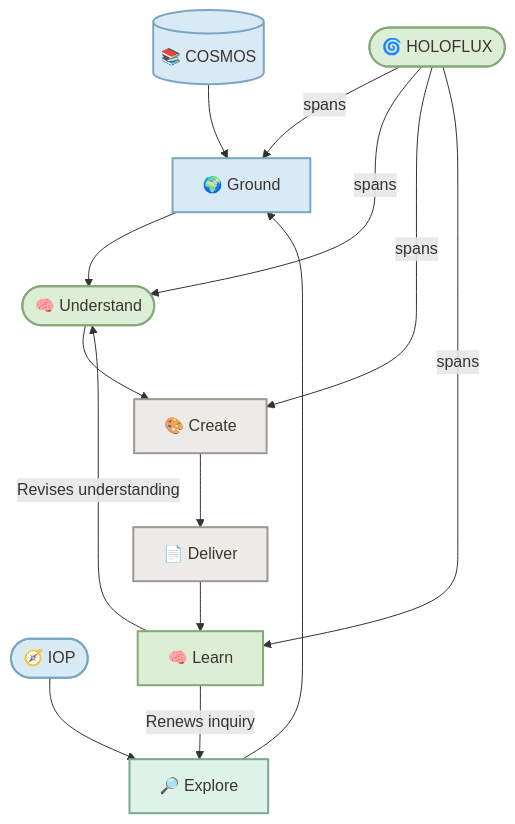
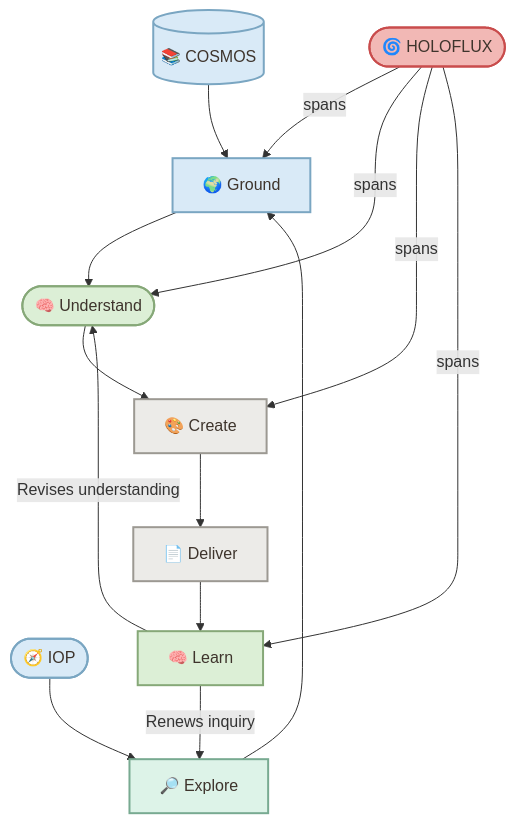
The second of 2 diagrams in README.md (enogrob/project-holoflux), drawn with Mermaid before and after one commit. The commit also changed other lines of this file, not shown here.

Commit message:
update-readme

````diff
--- a/README.md
+++ b/README.md
@@ -80,40 +81,41 @@
 ```mermaid
 flowchart TD
     %% COSMOS: Knowledge in context.
     K[(📚 COSMOS)]:::context
     %% IOP: Intent and purpose.
     I([🧭 IOP]):::context
     %% Explore: Inquiry and observation.
     E[🔎 Explore]:::observation
     %% Ground: Context and observations.
     G[🌍 Ground]:::context
     %% Understand: Relations and perspectives.
     U([🧠 Understand]):::understanding
     %% Create: FACTORIES explication.
     C[🎨 Create]:::projection
     %% Deliver: Share and apply.
     D[📄 Deliver]:::projection
     %% Learn: Reflect and revise.
     L[🧠 Learn]:::understanding
     %% HOLOFLUX: Meaning in movement across the whole flow.
-    H([🌀 HOLOFLUX]):::understanding
+    H([🌀 HOLOFLUX]):::holoflux
 
     K --> G
     I --> E
     E --> G
     G --> U
     U --> C
     C --> D
     D --> L
     L -->|Renews inquiry| E
     L -->|Revises understanding| U
     H -->|spans| G
     H -->|spans| U
     H -->|spans| C
     H -->|spans| L
 
     classDef context fill:#D9EAF7,stroke:#7AA6C2,color:#3E342C,stroke-width:2px;
     classDef understanding fill:#DCEFD6,stroke:#86A878,color:#3E342C,stroke-width:2px;
+    classDef holoflux fill:#F2B8B5,stroke:#C94C4C,color:#3E342C,stroke-width:2px;
     classDef projection fill:#ECEBE8,stroke:#9C9992,color:#3E342C,stroke-width:2px;
     classDef observation fill:#DDF3E8,stroke:#78AA91,color:#3E342C,stroke-width:2px;
 ```
````
